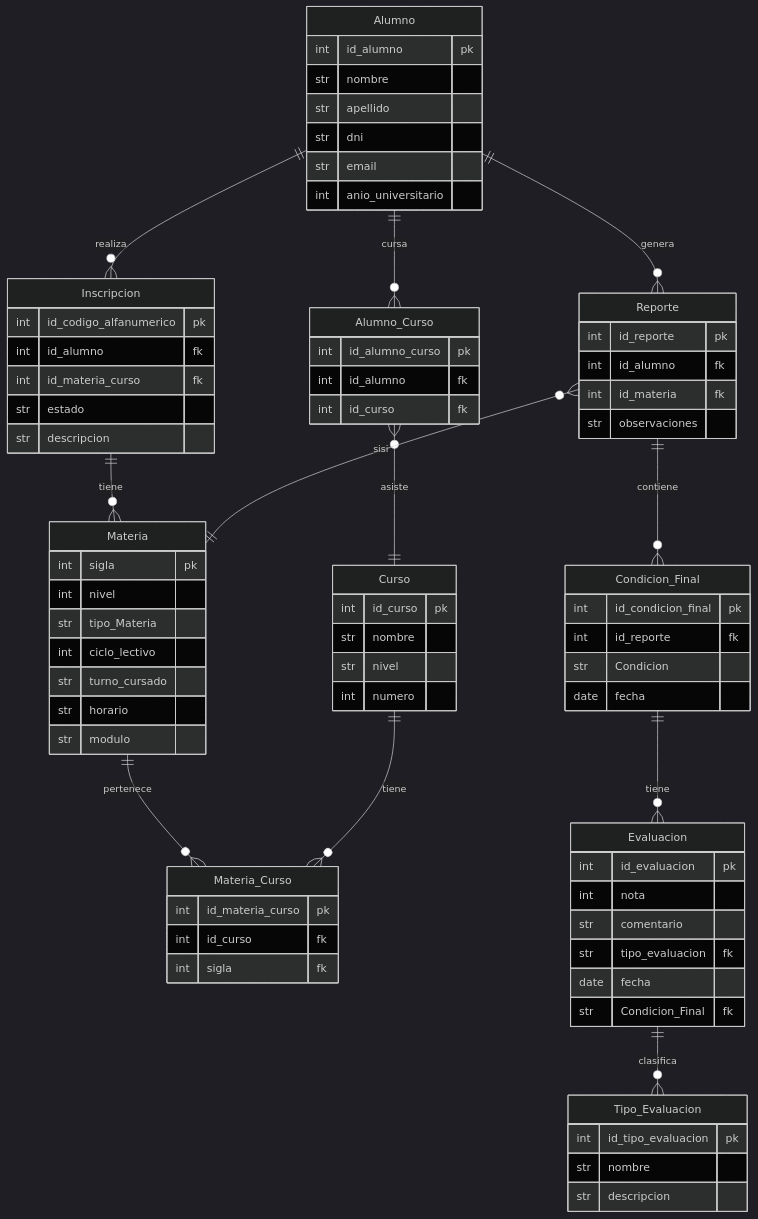
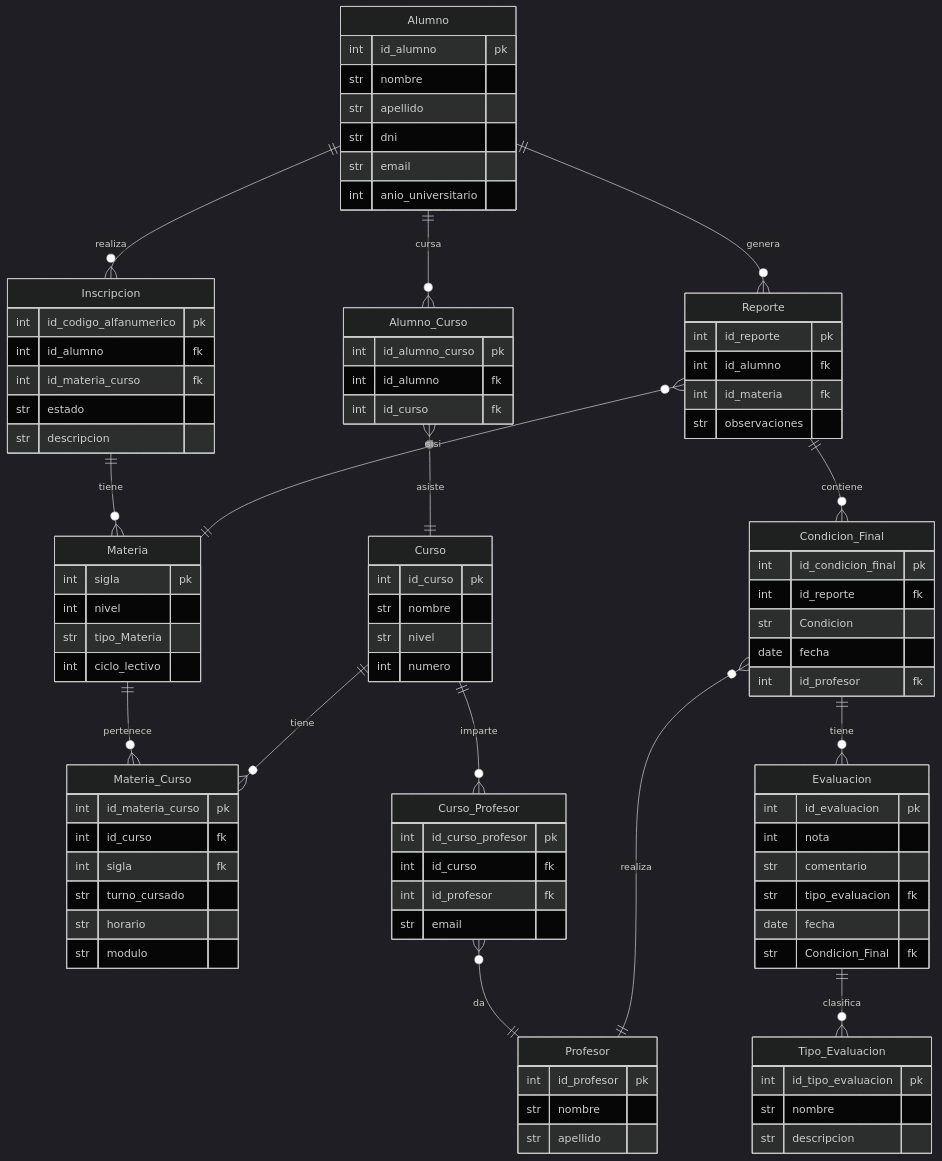
Before and after one commit to Villada-PG3/trabajo-practico-integrador-universidad-tecnologica-nacional: the diagram in docs/BD_real.mermaid, drawn with Mermaid (dark theme). The commit also changed other lines of this file, not shown here.

```diff
--- a/docs/BD_real.mermaid
+++ b/docs/BD_real.mermaid
@@ -1,79 +1,94 @@
 erDiagram
     Alumno{
         int id_alumno pk
         str nombre
         str apellido
         str dni
         str email
         int anio_universitario
     }
     Materia{
         int sigla pk
         int nivel
         str tipo_Materia
         int ciclo_lectivo
-        str turno_cursado
-        str horario
-        str modulo
 
     }
     Curso{
         int id_curso pk
         str nombre
         str nivel
         int numero
     }
     Materia_Curso{
         int id_materia_curso pk
         int id_curso fk
         int sigla fk
+        str turno_cursado
+        str horario
+        str modulo
     }
     Inscripcion{
         int id_codigo_alfanumerico pk
         int id_alumno fk
         int id_materia_curso fk
         str estado
         str descripcion
     }
     Alumno_Curso{
         int id_alumno_curso pk
         int id_alumno fk
         int id_curso fk
     }
     Evaluacion{
         int id_evaluacion pk
         int nota
         str comentario
         str tipo_evaluacion fk
         date fecha
         str Condicion_Final fk
     }
     Tipo_Evaluacion{
         int id_tipo_evaluacion pk
         str nombre
         str descripcion
     }
     Condicion_Final{
         int id_condicion_final pk
         int id_reporte fk
         str Condicion
         date fecha
+        int id_profesor fk
     }
     Reporte{
         int id_reporte pk
         int id_alumno fk
         int id_materia fk
         str observaciones
+    }
+    Profesor{
+        int id_profesor pk
+        str nombre
+        str apellido
+    }
+    Curso_Profesor{
+        int id_curso_profesor pk
+        int id_curso fk
+        int id_profesor fk
+        str email
     }
 
     Alumno ||--o{ Inscripcion : realiza
     Alumno ||--o{ Alumno_Curso : cursa
     Alumno ||--o{ Reporte : genera
     Inscripcion ||--o{ Materia : tiene
     Materia ||--o{ Materia_Curso : pertenece
     Curso ||--o{ Materia_Curso : tiene
+    Curso ||--o{ Curso_Profesor : imparte
+    Curso_Profesor }o--|| Profesor : da
     Alumno_Curso }o--|| Curso : asiste
     Reporte ||--o{ Condicion_Final : contiene
     Reporte }o--|| Materia : sisi
     Condicion_Final ||--o{ Evaluacion : tiene
     Evaluacion ||--o{ Tipo_Evaluacion  : clasifica
+    Condicion_Final }o--|| Profesor : realiza
```
